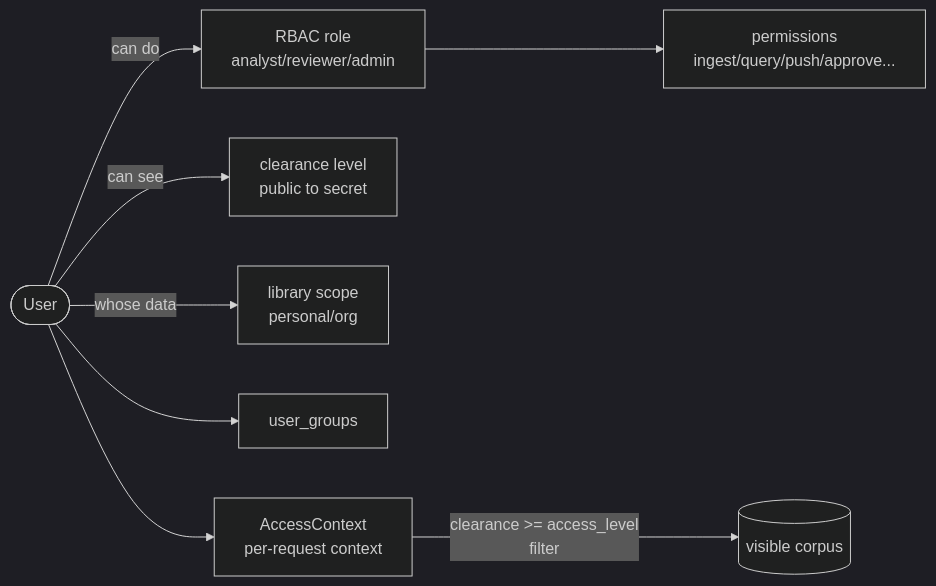
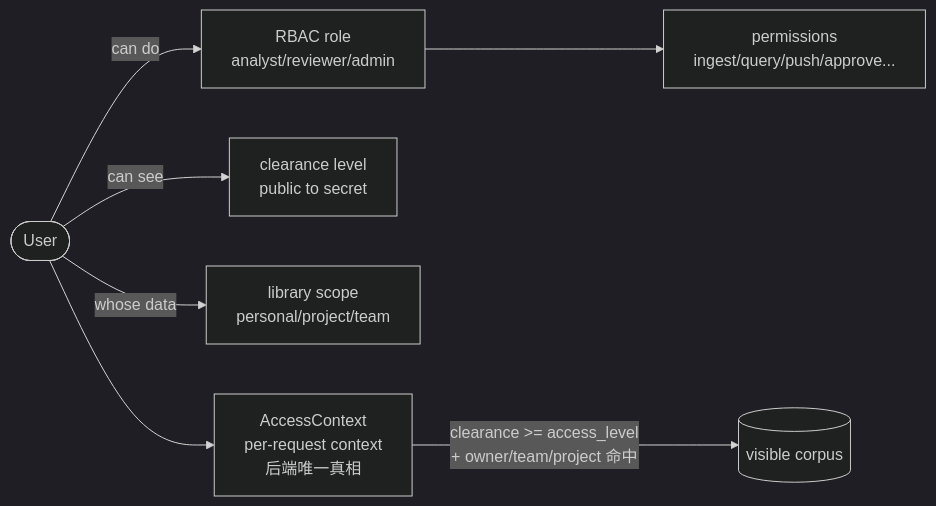
Before and after one commit to cyberwalker0419/Calliodesmo: the second of 2 diagrams in README.md, drawn with Mermaid (dark theme). The commit also changed other lines of this file and 1 other file, not shown here.

````diff
--- a/README.md
+++ b/README.md
@@ -54,12 +57,11 @@
 ```mermaid
 graph LR
     U(["User"])
     U -->|"can do"| RBAC["RBAC role<br/>analyst/reviewer/admin"]
     RBAC --> Perm["permissions<br/>ingest/query/push/approve..."]
     U -->|"can see"| CL["clearance level<br/>public to secret"]
-    U -->|"whose data"| Scope["library scope<br/>personal/org"]
-    U --> G["user_groups"]
-    AC["AccessContext<br/>per-request context"]
+    U -->|"whose data"| Scope["library scope<br/>personal/project/team"]
+    AC["AccessContext<br/>per-request context<br/>后端唯一真相"]
     U --> AC
-    AC -->|"clearance >= access_level<br/>filter"| Data[("visible corpus")]
+    AC -->|"clearance >= access_level<br/>+ owner/team/project 命中"| Data[("visible corpus")]
 ```
````
